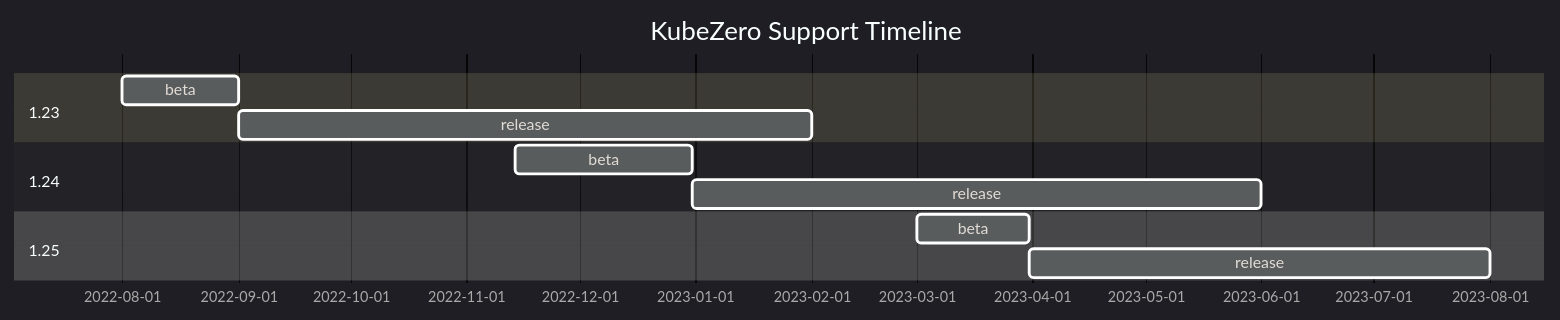
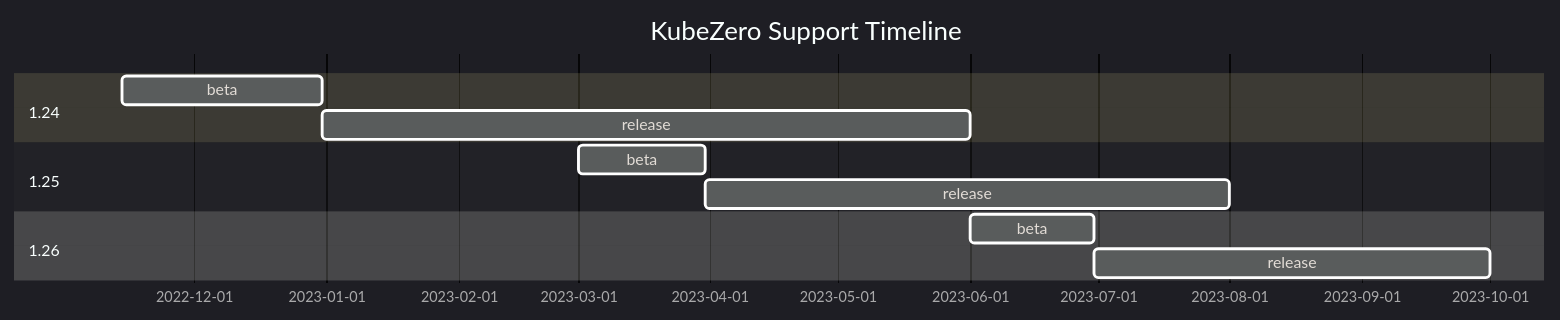
The diagram in README.md (Zero-Down-Time/kubezero), drawn with Mermaid before and after one commit. The commit also changed other lines of this file, not shown here.

````diff
--- a/README.md
+++ b/README.md
@@ -26,15 +26,15 @@
 ```mermaid
 %%{init: {'theme':'dark'}}%%
 gantt
     title KubeZero Support Timeline
     dateFormat  YYYY-MM-DD
-    section 1.23
-    beta     :123b, 2022-08-01, 2022-09-01
-    release  :after 123b, 2023-02-01
     section 1.24
     beta     :124b, 2022-11-14, 2022-12-31
     release  :after 124b, 2023-06-01
     section 1.25
     beta     :125b, 2023-03-01, 2023-03-31
     release  :after 125b, 2023-08-01
+    section 1.26
+    beta     :126b, 2023-06-01, 2023-06-30
+    release  :after 126b, 2023-10-01
 ```
````
